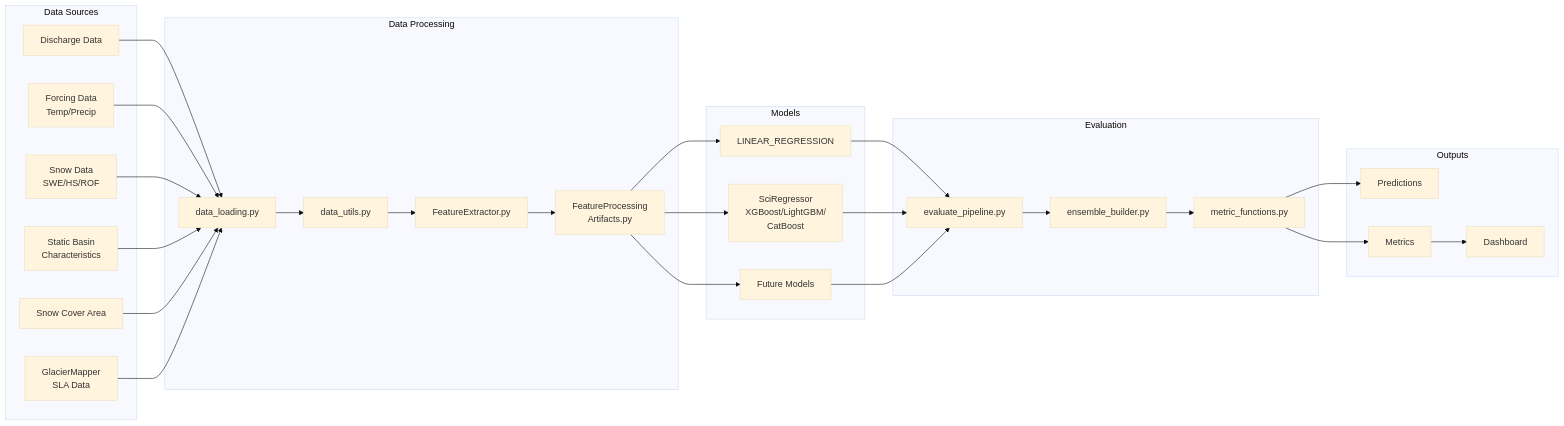
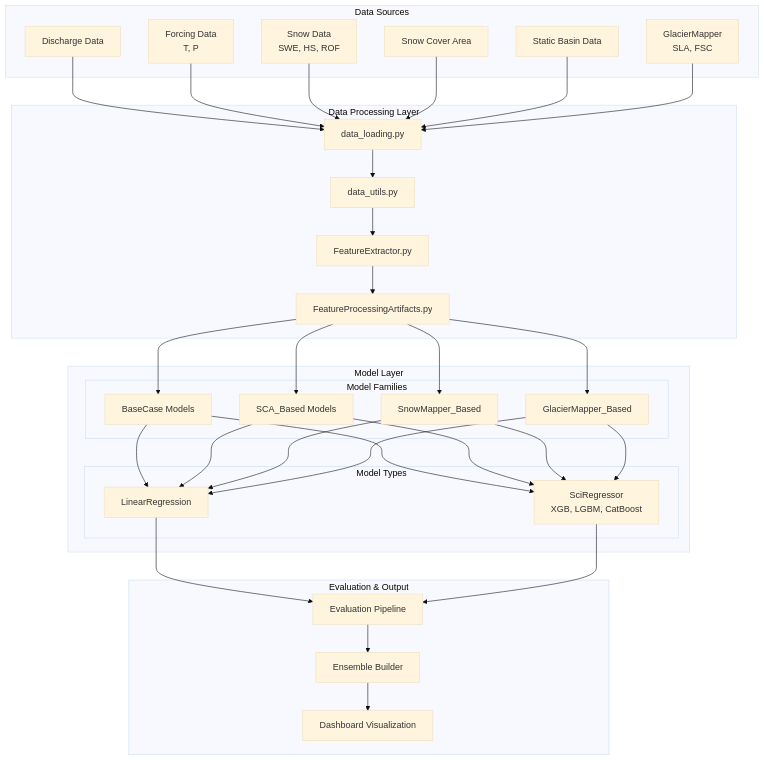
Before and after one commit to hydrosolutions/long-term-forecasting: the first of 4 diagrams in docs/Overview.md, drawn with Mermaid (base theme). The commit also changed other lines of this file and 16 other files, not shown here.

````diff
--- a/docs/Overview.md
+++ b/docs/Overview.md
@@ -34,61 +23,48 @@
 ```mermaid
-graph LR
+graph TB
     subgraph "Data Sources"
         DS1[Discharge Data]
-        DS2[Forcing Data<br/>Temp/Precip]
-        DS3[Snow Data<br/>SWE/HS/ROF]
-        DS4[Static Basin<br/>Characteristics]
-        DS5[Snow Cover Area]
-        DS6[GlacierMapper<br/>SLA Data]
+        DS2[Forcing Data<br/>T, P]
+        DS3[Snow Data<br/>SWE, HS, ROF]
+        DS4[Snow Cover Area]
+        DS5[Static Basin Data]
+        DS6[GlacierMapper<br/>SLA, FSC]
     end
-    
-    subgraph "Data Processing"
-        DP1[data_loading.py]
-        DP2[data_utils.py]
-        DP3[FeatureExtractor.py]
-        DP4[FeatureProcessing<br/>Artifacts.py]
+
+    subgraph "Data Processing Layer"
+        DL[data_loading.py]
+        DU[data_utils.py]
+        FE[FeatureExtractor.py]
+        FPA[FeatureProcessingArtifacts.py]
     end
-    
-    subgraph "Models"
-        M1[LINEAR_REGRESSION]
-        M2[SciRegressor<br/>XGBoost/LightGBM/<br/>CatBoost]
-        M3[Future Models]
+
+    subgraph "Model Layer"
+        subgraph "Model Families"
+            BC[BaseCase Models]
+            SCA[SCA_Based Models]
+            SM[SnowMapper_Based]
+            GM[GlacierMapper_Based]
+        end
+        
+        subgraph "Model Types"
+            LR[LinearRegression]
+            SR[SciRegressor<br/>XGB, LGBM, CatBoost]
+        end
     end
-    
-    subgraph "Evaluation"
-        E1[evaluate_pipeline.py]
-        E2[ensemble_builder.py]
-        E3[metric_functions.py]
+
+    subgraph "Evaluation & Output"
+        EV[Evaluation Pipeline]
+        ENS[Ensemble Builder]
+        VIS[Dashboard Visualization]
     end
-    
-    subgraph "Outputs"
-        O1[Predictions]
-        O2[Metrics]
-        O3[Dashboard]
-    end
-    
-    DS1 --> DP1
-    DS2 --> DP1
-    DS3 --> DP1
-    DS4 --> DP1
-    DS5 --> DP1
-    DS6 --> DP1
-    
-    DP1 --> DP2
-    DP2 --> DP3
-    DP3 --> DP4
-    
-    DP4 --> M1
-    DP4 --> M2
-    DP4 --> M3
-    
-    M1 --> E1
-    M2 --> E1
-    M3 --> E1
-    
-    E1 --> E2
-    E2 --> E3
-    E3 --> O1
-    E3 --> O2
-    O2 --> O3
+
+    DS1 & DS2 & DS3 & DS4 & DS5 & DS6 --> DL
+    DL --> DU
+    DU --> FE
+    FE --> FPA
+    FPA --> BC & SCA & SM & GM
+    BC & SCA & SM & GM --> LR & SR
+    LR & SR --> EV
+    EV --> ENS
+    ENS --> VIS
 ```
````
